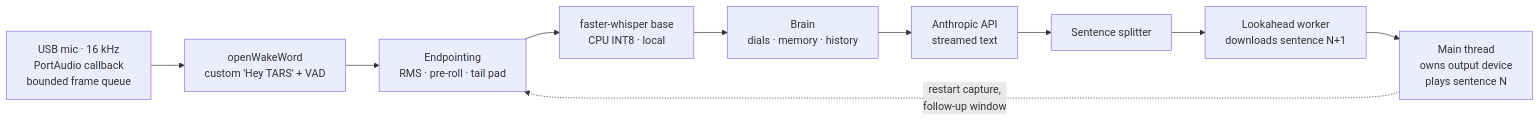
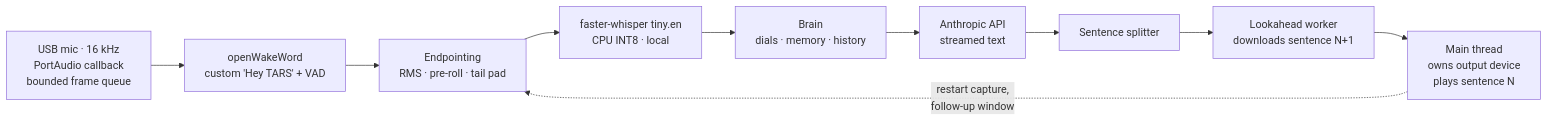
One commit to lucaformento/TARS changed the diagram in README.md. Above: the diagram before and after it, drawn with Mermaid. The commit also changed other lines of this file and 3 other files, not shown here.

````diff
--- a/README.md
+++ b/README.md
@@ -18,12 +18,12 @@
 ```mermaid
 flowchart LR
     mic["USB mic · 16 kHz<br/>PortAudio callback<br/>bounded frame queue"] --> wake["openWakeWord<br/>custom 'Hey TARS' + VAD"]
     wake --> cap["Endpointing<br/>RMS · pre-roll · tail pad"]
-    cap --> stt["faster-whisper base<br/>CPU INT8 · local"]
+    cap --> stt["faster-whisper tiny.en<br/>CPU INT8 · local"]
     stt --> brain["Brain<br/>dials · memory · history"]
     brain --> llm["Anthropic API<br/>streamed text"]
     llm --> split["Sentence splitter"]
     split --> worker["Lookahead worker<br/>downloads sentence N+1"]
     worker --> play["Main thread<br/>owns output device<br/>plays sentence N"]
     play -. "restart capture,<br/>follow-up window" .-> cap
 ```
````
